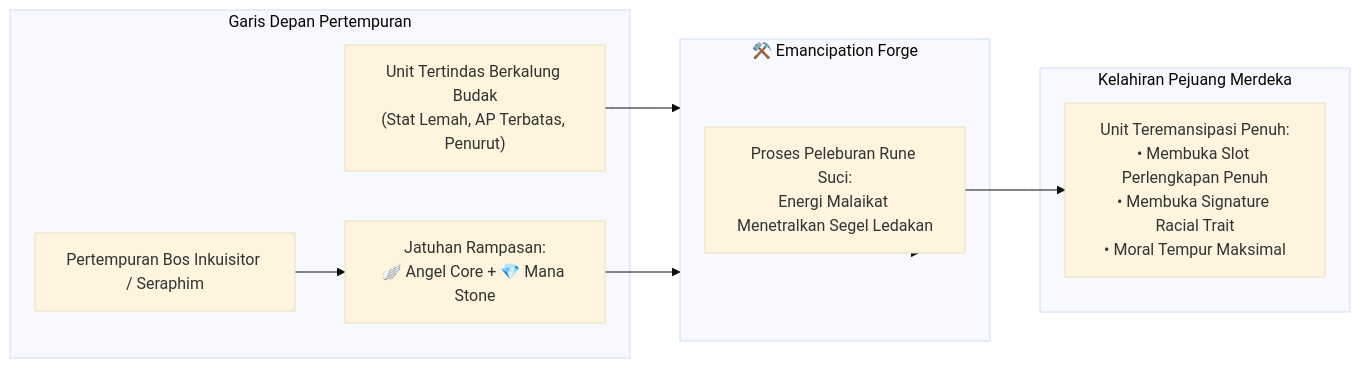
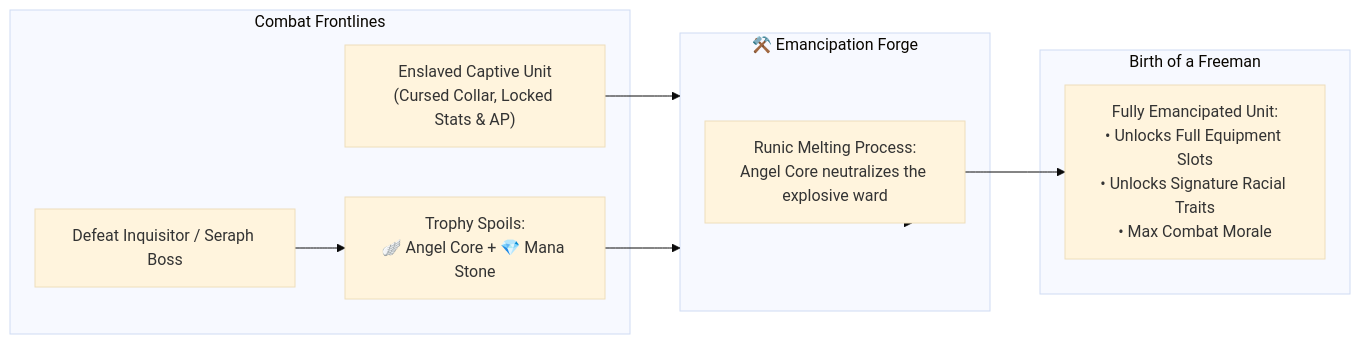
Before and after one commit to NealversePrime/ElementalHexTactics3D: the fourth of 5 diagrams in wiki/07-Broad-Races-and-Factions.md, drawn with Mermaid (base theme). The commit also changed other lines of this file and 2 other files, not shown here.

````diff
--- a/wiki/07-Broad-Races-and-Factions.md
+++ b/wiki/07-Broad-Races-and-Factions.md
@@ -291,20 +290,20 @@
 ```mermaid
 flowchart LR
-    subgraph Capture["Garis Depan Pertempuran"]
-        SlaveUnit["Unit Tertindas Berkalung Budak\n(Stat Lemah, AP Terbatas, Penurut)"]
-        BossFight["Pertempuran Bos Inkuisitor / Seraphim"]
-        DropCore["Jatuhan Rampasan:\n🪽 Angel Core + 💎 Mana Stone"]
+    subgraph Battlefront["Combat Frontlines"]
+        SlaveUnit["Enslaved Captive Unit\n(Cursed Collar, Locked Stats & AP)"]
+        BossFight["Defeat Inquisitor / Seraph Boss"]
+        DropCore["Trophy Spoils:\n🪽 Angel Core + 💎 Mana Stone"]
     end
 
     subgraph EmancipationForge["⚒️ Emancipation Forge"]
-        Ritual["Proses Peleburan Rune Suci:\nEnergi Malaikat Menetralkan Segel Ledakan"]
+        Ritual["Runic Melting Process:\nAngel Core neutralizes the explosive ward"]
     end
 
-    subgraph Emancipated["Kelahiran Pejuang Merdeka"]
-        FreeUnit["Unit Teremansipasi Penuh:\n• Membuka Slot Perlengkapan Penuh\n• Membuka Signature Racial Trait\n• Moral Tempur Maksimal"]
+    subgraph Emancipated["Birth of a Freeman"]
+        FreeUnit["Fully Emancipated Unit:\n• Unlocks Full Equipment Slots\n• Unlocks Signature Racial Traits\n• Max Combat Morale"]
     end
 
     SlaveUnit --> EmancipationForge
     BossFight --> DropCore --> EmancipationForge
     EmancipationForge --> Ritual --> FreeUnit
 ```
````
